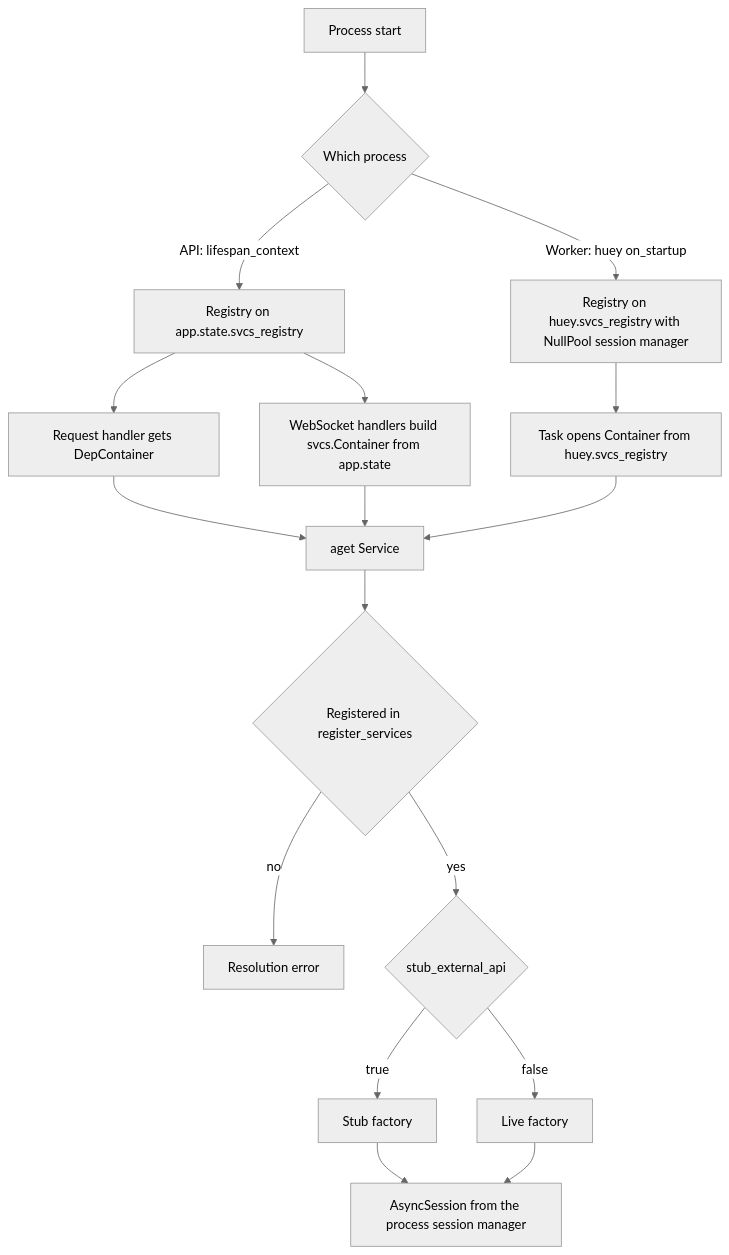
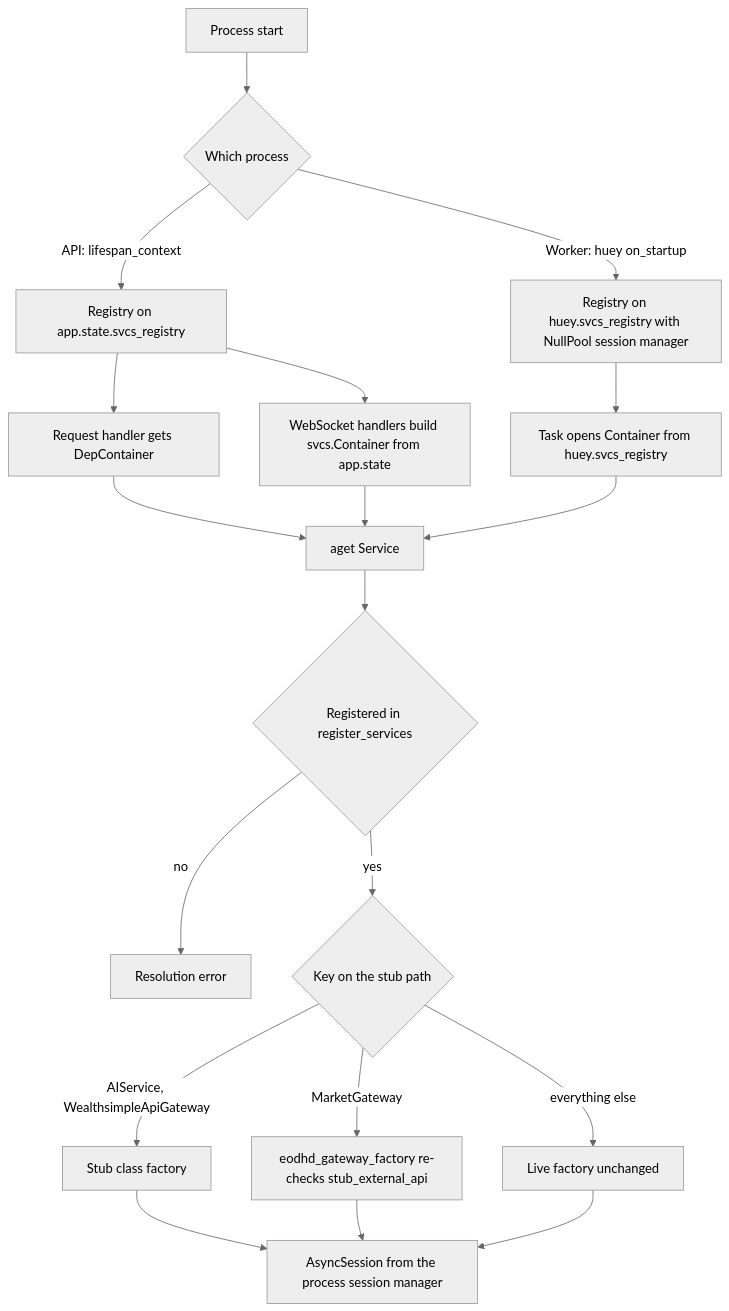
One commit to havekes/retail-portfolio changed the diagram in openwiki/architecture/configuration.md. Above: the diagram before and after it, drawn with Mermaid (neutral theme). The commit also changed other lines of this file and 48 other files, not shown here.

````diff
--- a/openwiki/architecture/configuration.md
+++ b/openwiki/architecture/configuration.md
@@ -174,19 +209,21 @@
 ```mermaid
 flowchart TD
     A["Process start"] --> B{"Which process"}
     B -->|"API: lifespan_context"| C["Registry on app.state.svcs_registry"]
     B -->|"Worker: huey on_startup"| D["Registry on huey.svcs_registry with NullPool session manager"]
     C --> E["Request handler gets DepContainer"]
     C --> F["WebSocket handlers build svcs.Container from app.state"]
     D --> G["Task opens Container from huey.svcs_registry"]
     E --> H["aget Service"]
     F --> H
     G --> H
     H --> I{"Registered in register_services"}
     I -->|"no"| J["Resolution error"]
-    I -->|"yes"| K{"stub_external_api"}
-    K -->|"true"| L["Stub factory"]
-    K -->|"false"| M["Live factory"]
-    L --> N["AsyncSession from the process session manager"]
-    M --> N
+    I -->|"yes"| K{"Key on the stub path"}
+    K -->|"AIService, WealthsimpleApiGateway"| L["Stub class factory"]
+    K -->|"MarketGateway"| M["eodhd_gateway_factory re-checks stub_external_api"]
+    K -->|"everything else"| N["Live factory unchanged"]
+    L --> O["AsyncSession from the process session manager"]
+    M --> O
+    N --> O
 ```
````
